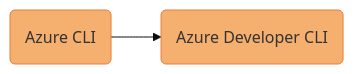
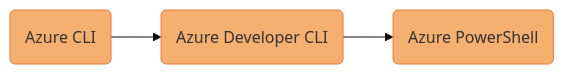
Before and after one commit to MicrosoftDocs/azure-dev-docs: the diagram in articles/go/sdk/mermaidjs/default-azure-credential-environment-variable-development.md, drawn with Mermaid. The commit also changed 6 other files, not shown here.

````diff
--- a/articles/go/sdk/mermaidjs/default-azure-credential-environment-variable-development.md
+++ b/articles/go/sdk/mermaidjs/default-azure-credential-environment-variable-development.md
@@ -1,25 +1,24 @@
 ```mermaid
 %% STEPS TO GENERATE IMAGE
 %% =======================
 %% 1. Install mermaid CLI v10.9.1 (see https://github.com/mermaid-js/mermaid-cli/blob/master/README.md):
 %%    npm i -g @mermaid-js/mermaid-cli@10.9.1
-%% 2. Run commands:
+%% 2. Run command:
 %%    mmdc -i default-azure-credential-environment-variable-development.md -o ../media/mermaidjs/default-azure-credential-environment-variable-development.svg
 
 %%{
   init: {
     'theme': 'base',
     'themeVariables': {
       'tertiaryBorderColor': '#ffffff',
       'tertiaryColor': '#ffffff'
-
     }
   }
 }%%
 
 flowchart LR;
-    D(Azure CLI):::developer --> E(Azure Developer CLI):::developer;
+    D(Azure CLI):::developer --> E(Azure Developer CLI):::developer --> F(Azure PowerShell):::developer;
 
     %% Define styles for credential type boxes
     classDef developer fill:#F5AF6F, stroke:#EB7C39;
 ```
````
